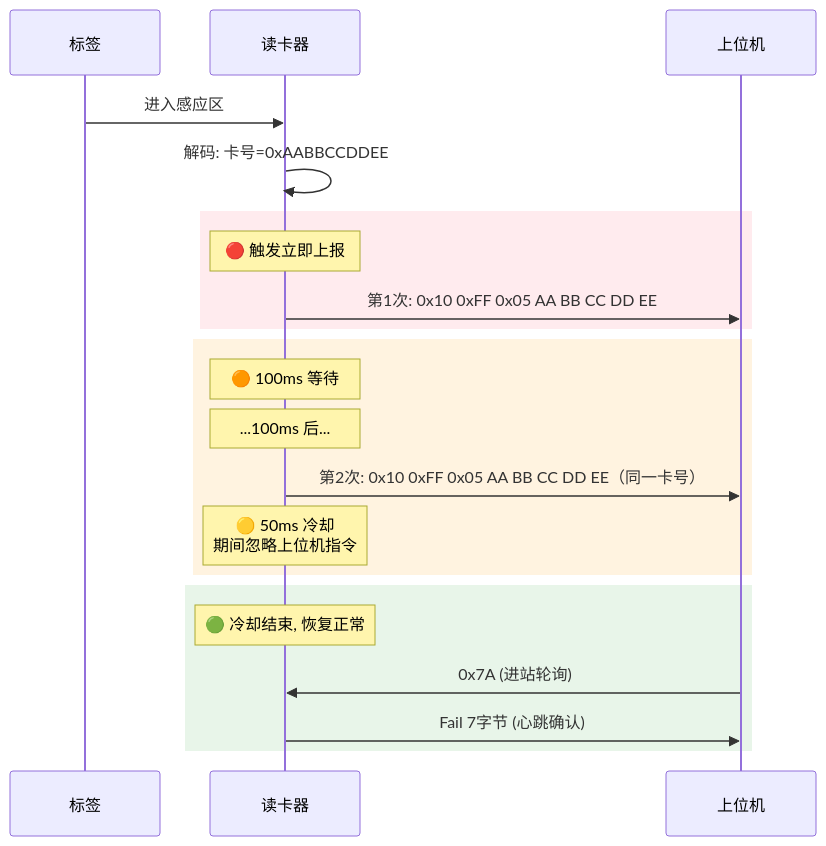
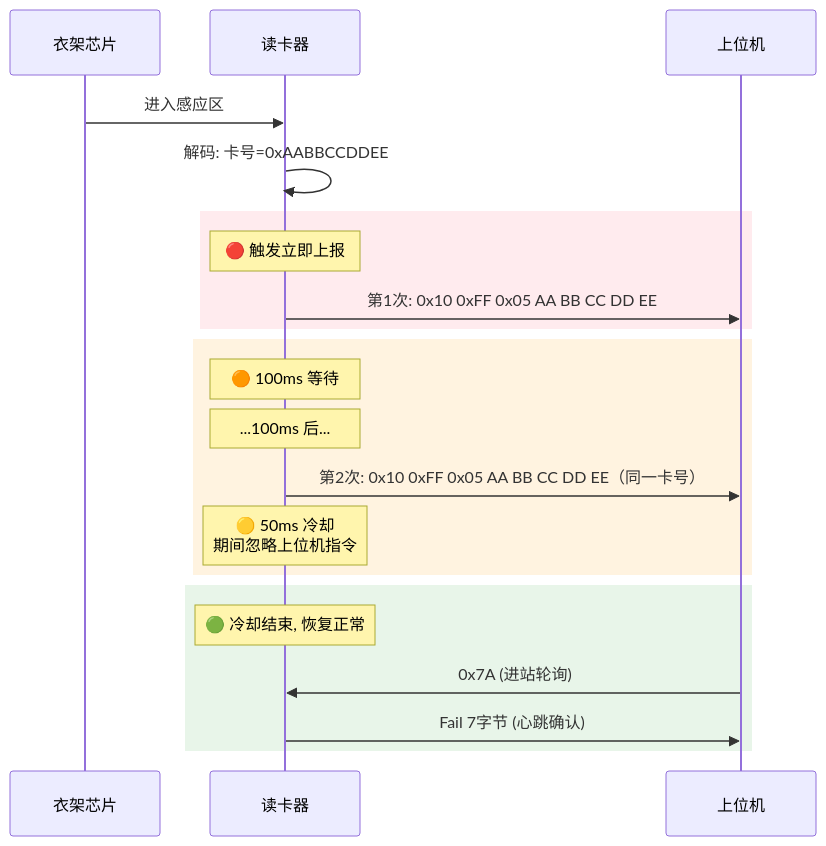
The first of 10 diagrams in 工作/SR3读卡器/260804SR2SR3整理.md (Siaiai/ObsidianNote), drawn with Mermaid before and after one commit. The commit also changed other lines of this file and 2 other files, not shown here.

````diff
--- a/工作/SR3读卡器/260804SR2SR3整理.md
+++ b/工作/SR3读卡器/260804SR2SR3整理.md
@@ -63,27 +63,27 @@
 ```mermaid
 sequenceDiagram
-    participant 标签
+    participant 衣架芯片
     participant 读卡器
     participant 上位机
 
-    标签->>读卡器: 进入感应区
+    衣架芯片->>读卡器: 进入感应区
     读卡器->>读卡器: 解码: 卡号=0xAABBCCDDEE
 
     rect rgb(255, 235, 238)
         Note over 读卡器: 🔴 触发立即上报
         读卡器->>上位机: 第1次: 0x10 0xFF 0x05 AA BB CC DD EE
     end
 
     rect rgb(255, 243, 224)
         Note over 读卡器: 🟠 100ms 等待
         Note over 读卡器: ...100ms 后...
         读卡器->>上位机: 第2次: 0x10 0xFF 0x05 AA BB CC DD EE（同一卡号）
         Note over 读卡器: 🟡 50ms 冷却<br/>期间忽略上位机指令
     end
 
     rect rgb(232, 245, 233)
         Note over 读卡器: 🟢 冷却结束, 恢复正常
         上位机->>读卡器: 0x7A (进站轮询)
         读卡器->>上位机: Fail 7字节 (心跳确认)
     end
 ```
````
